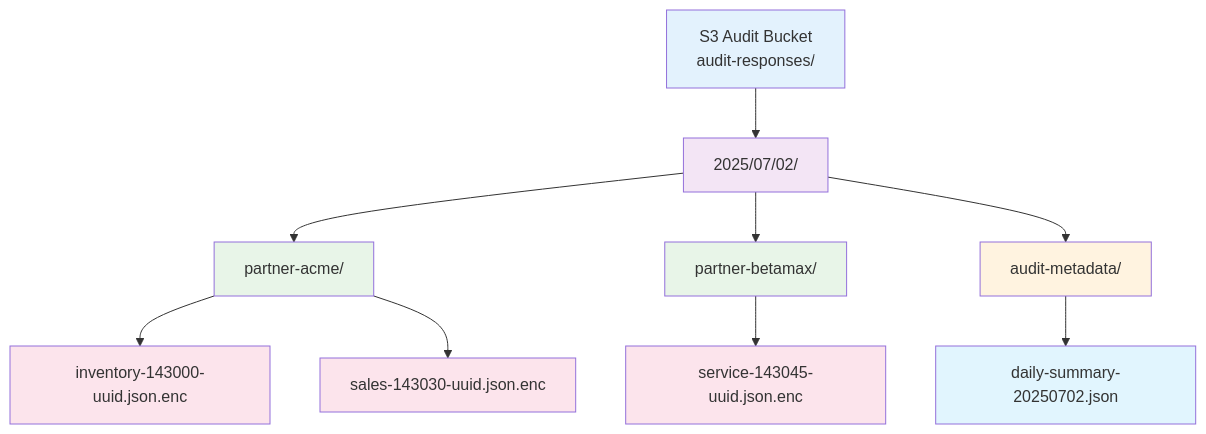
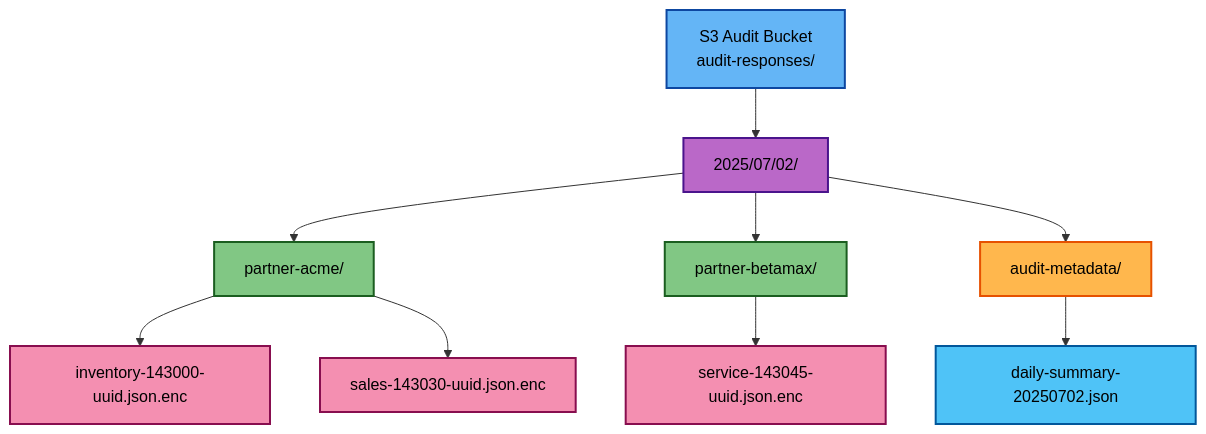
The third of 4 diagrams in TECHNICAL_PLANNING.md (Hendrick/hendrick-data-api), drawn with Mermaid before and after one commit. The commit also changed other lines of this file, not shown here.

First line of the commit message:
Improve Mermaid diagram colors for better GitHub visibility

````diff
--- a/TECHNICAL_PLANNING.md
+++ b/TECHNICAL_PLANNING.md
@@ -1675,22 +1675,22 @@
 ```mermaid
 graph TD
     A[S3 Audit Bucket<br/>audit-responses/] --> B[2025/07/02/]
     B --> C[partner-acme/]
     B --> D[partner-betamax/]
     B --> E[audit-metadata/]
     
     C --> F[inventory-143000-uuid.json.enc]
     C --> G[sales-143030-uuid.json.enc]
     D --> H[service-143045-uuid.json.enc]
     E --> I[daily-summary-20250702.json]
     
-    style A fill:#e3f2fd
-    style B fill:#f3e5f5
-    style C fill:#e8f5e8
-    style D fill:#e8f5e8
-    style E fill:#fff3e0
-    style F fill:#fce4ec
-    style G fill:#fce4ec
-    style H fill:#fce4ec
-    style I fill:#e1f5fe
+    style A fill:#64b5f6,stroke:#0d47a1,stroke-width:2px,color:#000
+    style B fill:#ba68c8,stroke:#4a148c,stroke-width:2px,color:#000
+    style C fill:#81c784,stroke:#1b5e20,stroke-width:2px,color:#000
+    style D fill:#81c784,stroke:#1b5e20,stroke-width:2px,color:#000
+    style E fill:#ffb74d,stroke:#e65100,stroke-width:2px,color:#000
+    style F fill:#f48fb1,stroke:#880e4f,stroke-width:2px,color:#000
+    style G fill:#f48fb1,stroke:#880e4f,stroke-width:2px,color:#000
+    style H fill:#f48fb1,stroke:#880e4f,stroke-width:2px,color:#000
+    style I fill:#4fc3f7,stroke:#01579b,stroke-width:2px,color:#000
 ```
````
